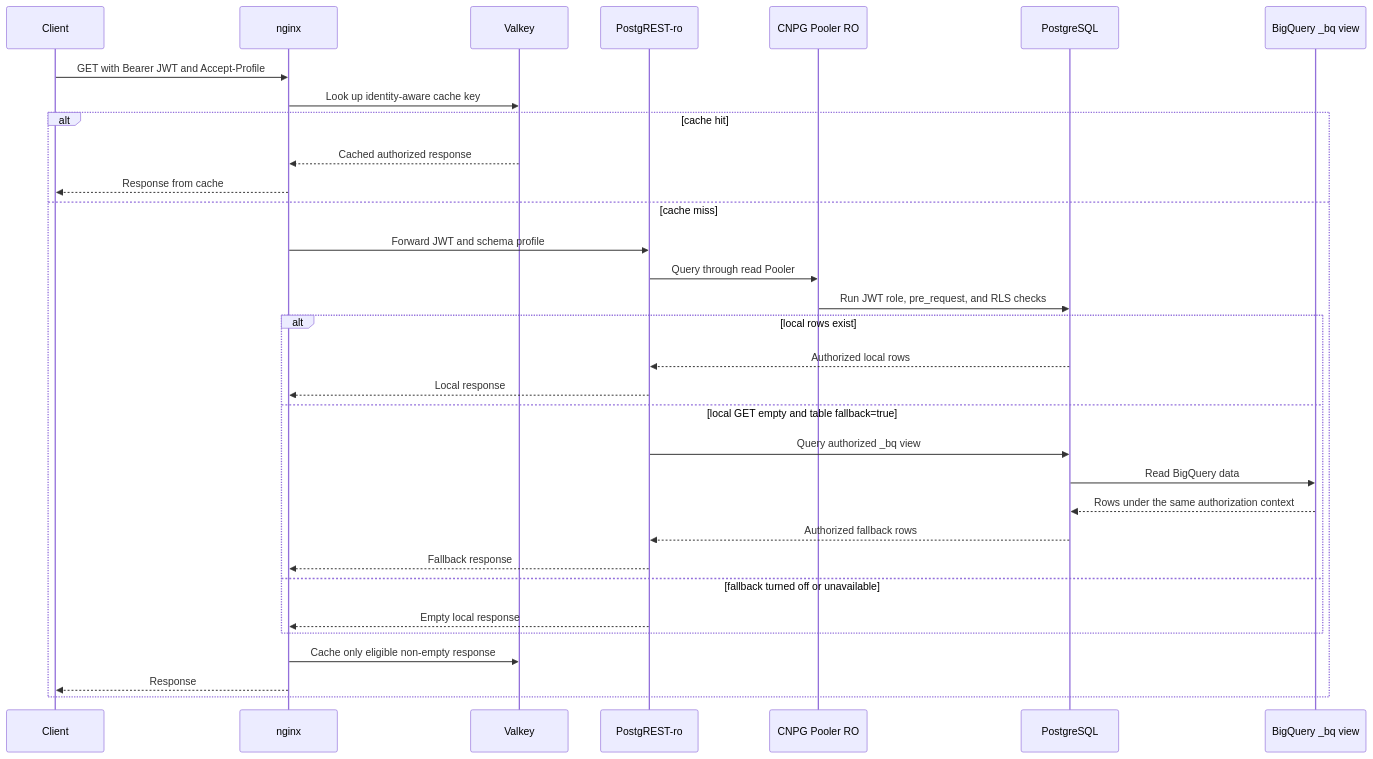
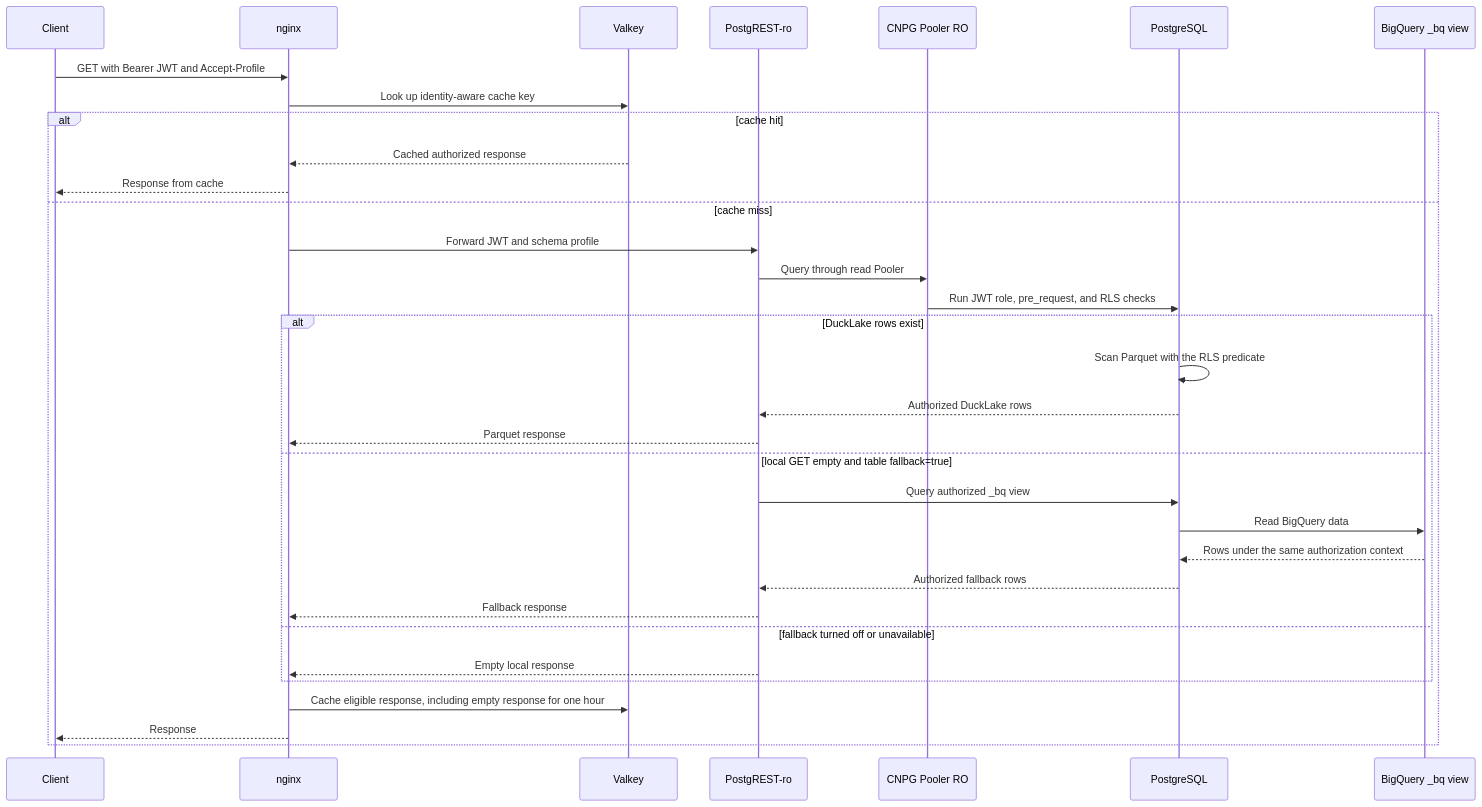
The second of 2 diagrams in docs/security.md (prefeitura-rio/data-proxy), drawn with Mermaid before and after one commit. The commit also changed other lines of this file and 10 other files, not shown here.

First line of the commit message:
docs: update documentation for DuckLake architecture

````diff
--- a/docs/security.md
+++ b/docs/security.md
@@ -186,35 +187,36 @@
 ```mermaid
 sequenceDiagram
     participant C as Client
     participant N as nginx
     participant R as Valkey
     participant P as PostgREST-ro
     participant RP as CNPG Pooler RO
     participant DB as PostgreSQL
     participant BQ as BigQuery _bq view
 
     C->>N: GET with Bearer JWT and Accept-Profile
     N->>R: Look up identity-aware cache key
     alt cache hit
         R-->>N: Cached authorized response
         N-->>C: Response from cache
     else cache miss
         N->>P: Forward JWT and schema profile
         P->>RP: Query through read Pooler
         RP->>DB: Run JWT role, pre_request, and RLS checks
-        alt local rows exist
-            DB-->>P: Authorized local rows
-            P-->>N: Local response
+        alt DuckLake rows exist
+            DB->>DB: Scan Parquet with the RLS predicate
+            DB-->>P: Authorized DuckLake rows
+            P-->>N: Parquet response
         else local GET empty and table fallback=true
             P->>DB: Query authorized _bq view
             DB->>BQ: Read BigQuery data
             BQ-->>DB: Rows under the same authorization context
             DB-->>P: Authorized fallback rows
             P-->>N: Fallback response
         else fallback turned off or unavailable
             P-->>N: Empty local response
         end
-        N->>R: Cache only eligible non-empty response
+        N->>R: Cache eligible response, including empty response for one hour
         N-->>C: Response
     end
 ```
````
